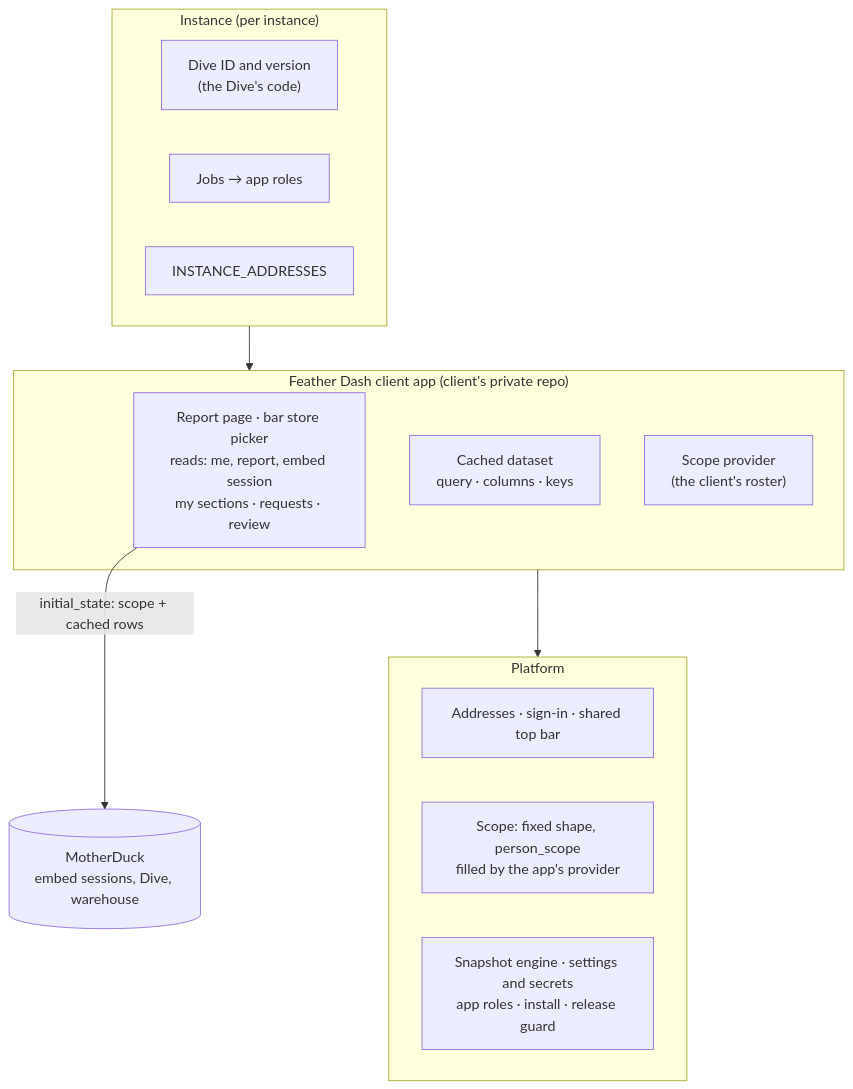
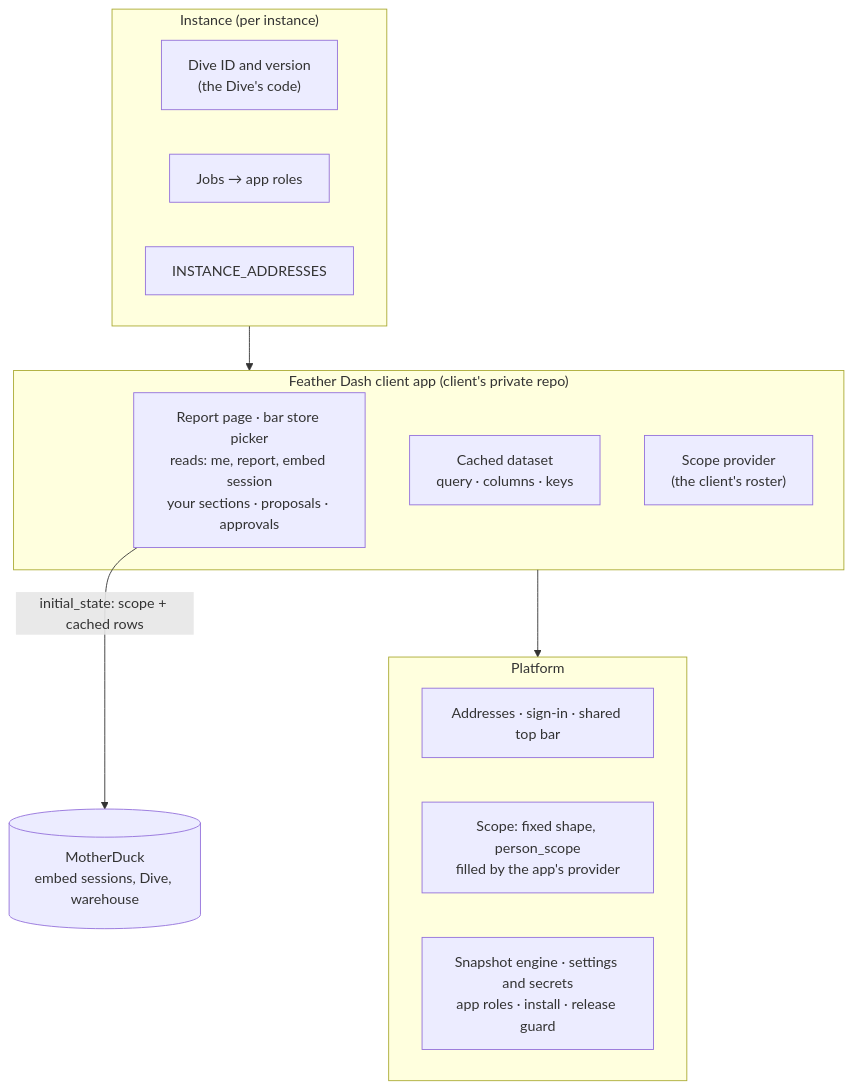
One commit to siraj-samsudeen/featherbase changed the diagram in openspec/changes/feather-dash-installed-app/design.md. Above: the diagram before and after it, drawn with Mermaid. The commit also changed other lines of this file and 3 other files, not shown here.

````diff
--- a/openspec/changes/feather-dash-installed-app/design.md
+++ b/openspec/changes/feather-dash-installed-app/design.md
@@ -110,22 +111,22 @@
 ```mermaid
 flowchart TB
   subgraph Instance["Instance (per instance)"]
     DV["Dive ID and version<br/>(the Dive's code)"]
     JB["Jobs → app roles"]
     AD["INSTANCE_ADDRESSES"]
   end
   subgraph App["Feather Dash client app (client's private repo)"]
-    FD["Report page · bar store picker<br/>reads: me, report, embed session<br/>my sections · requests · review"]
+    FD["Report page · bar store picker<br/>reads: me, report, embed session<br/>your sections · proposals · approvals"]
     RD["Cached dataset<br/>query · columns · keys"]
     SP["Scope provider<br/>(the client's roster)"]
   end
   subgraph Platform["Platform"]
     P1["Addresses · sign-in · shared top bar"]
     P2["Scope: fixed shape, person_scope<br/>filled by the app's provider"]
     P3["Snapshot engine · settings and secrets<br/>app roles · install · release guard"]
   end
   MD[("MotherDuck<br/>embed sessions, Dive, warehouse")]
   Instance --> App
   App --> Platform
   FD -- "initial_state: scope + cached rows" --> MD
 ```
````
